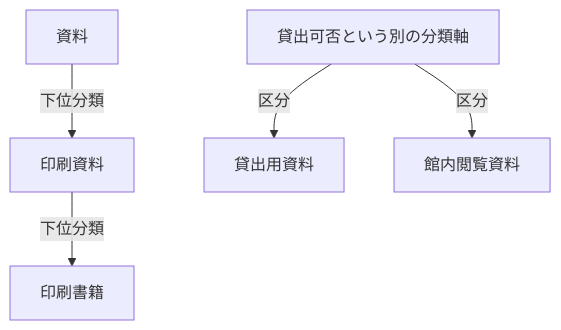
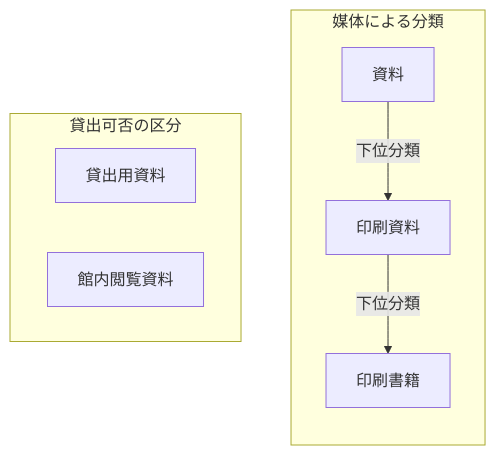
The diagram in docs/chapters/02-knowledge-organization.md (d-tsu/learn-knowledge-graph), drawn with Mermaid before and after one commit. The commit also changed other lines of this file and 31 other files, not shown here.

````diff
--- a/docs/chapters/02-knowledge-organization.md
+++ b/docs/chapters/02-knowledge-organization.md
@@ -26,7 +28,12 @@
 ```mermaid
 flowchart TD
-  A[資料] -->|下位分類| B[印刷資料]
-  B -->|下位分類| C[印刷書籍]
-  D[貸出可否という別の分類軸] -->|区分| E[貸出用資料]
-  D -->|区分| F[館内閲覧資料]
+  subgraph M[媒体による分類]
+    direction TB
+    A[資料] -->|下位分類| B[印刷資料]
+    B -->|下位分類| C[印刷書籍]
+  end
+  subgraph R[貸出可否の区分]
+    E[貸出用資料]
+    F[館内閲覧資料]
+  end
 ```
````
